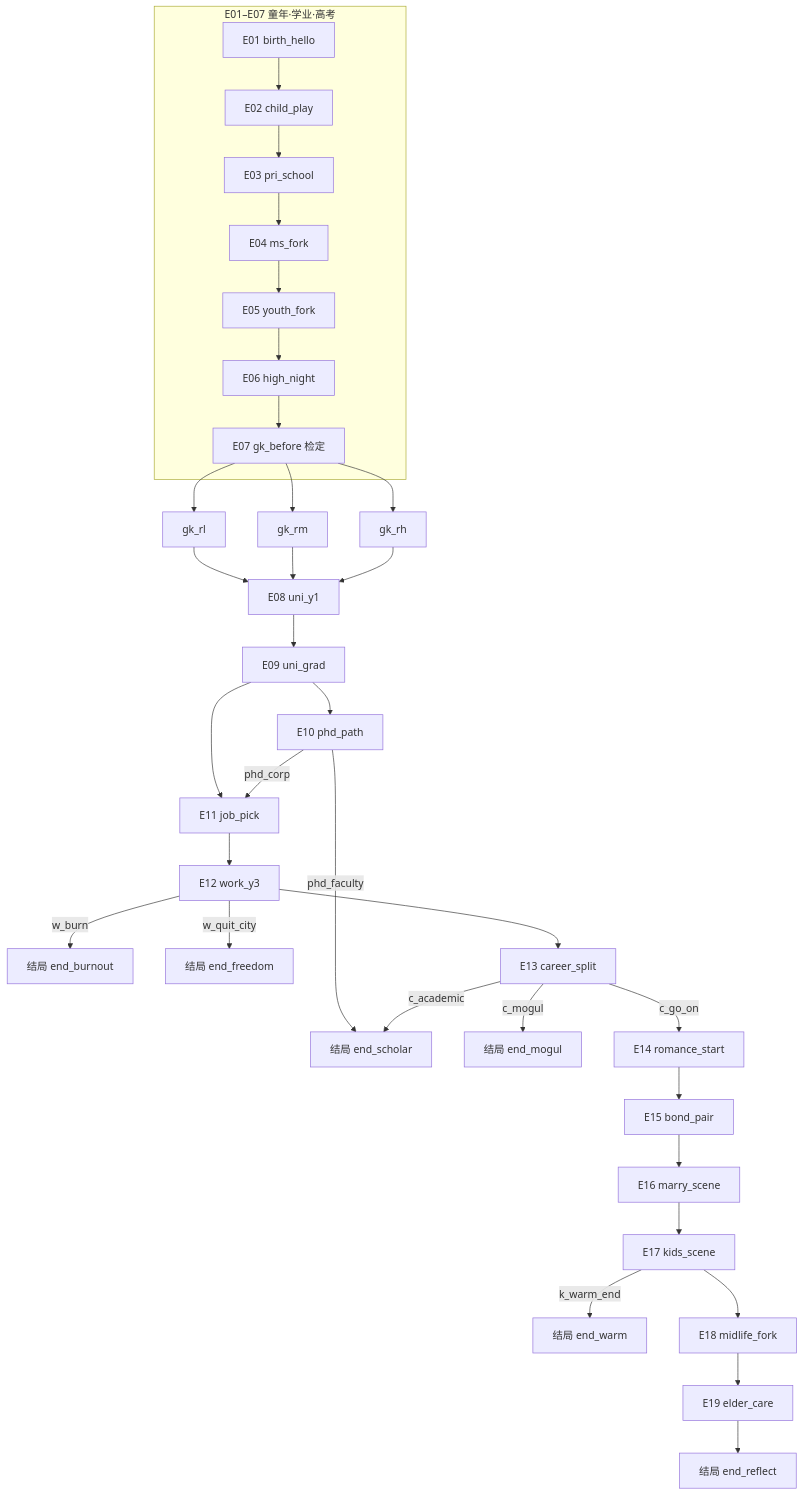
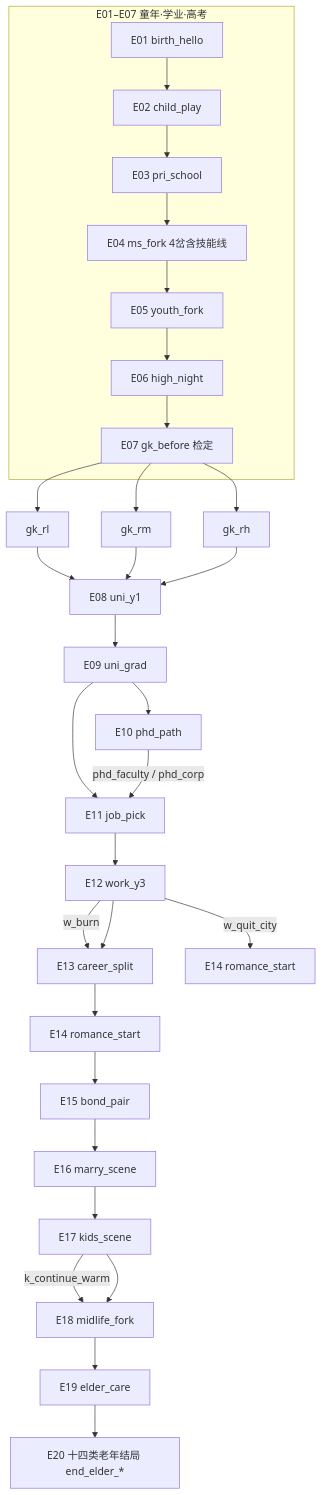
Before and after one commit to falling-feather/Sojourner: the diagram in docs/EVENT_BRANCHES.draft.md, drawn with Mermaid. The commit also changed other lines of this file and 5 other files, not shown here.

````diff
--- a/docs/EVENT_BRANCHES.draft.md
+++ b/docs/EVENT_BRANCHES.draft.md
@@ -246,28 +271,27 @@
 ```mermaid
 flowchart TB
   subgraph E01_E07["E01–E07 童年·学业·高考"]
     E01["E01 birth_hello"] --> E02["E02 child_play"] --> E03["E03 pri_school"]
-    E03 --> E04["E04 ms_fork"] --> E05["E05 youth_fork"] --> E06["E06 high_night"] --> E07["E07 gk_before 检定"]
+    E03 --> E04["E04 ms_fork 4岔含技能线"] --> E05["E05 youth_fork"] --> E06["E06 high_night"] --> E07["E07 gk_before 检定"]
   end
   E07 --> RL["gk_rl"]
   E07 --> RM["gk_rm"]
   E07 --> RH["gk_rh"]
   RL --> U1["E08 uni_y1"]
   RM --> U1
   RH --> U1
   U1 --> Ug["E09 uni_grad"]
   Ug --> PhD["E10 phd_path"]
   Ug --> J0["E11 job_pick"]
-  PhD -->|phd_faculty| ES["结局 end_scholar"]
-  PhD -->|phd_corp| J0
+  PhD -->|phd_faculty / phd_corp| J0
   J0 --> Wy["E12 work_y3"]
-  Wy -->|w_burn| EB["结局 end_burnout"]
-  Wy -->|w_quit_city| EF["结局 end_freedom"]
-  Wy --> Cs["E13 career_split"]
-  Cs -->|c_mogul| EM["结局 end_mogul"]
-  Cs -->|c_academic| ES
-  Cs -->|c_go_on| Rm["E14 romance_start"]
+  Wy -->|w_burn| Cs["E13 career_split"]
+  Wy -->|w_quit_city| Rm2["E14 romance_start"]
+  Wy --> Cs
+  Cs --> Rm["E14 romance_start"]
   Rm --> Bd["E15 bond_pair"] --> Mr["E16 marry_scene"] --> Kd["E17 kids_scene"]
-  Kd -->|k_warm_end| EW["结局 end_warm"]
-  Kd --> Mf["E18 midlife_fork"] --> Ec["E19 elder_care"] --> ER["结局 end_reflect"]
+  Kd -->|k_continue_warm| Mf["E18 midlife_fork"]
+  Kd --> Mf
+  Mf --> Ec["E19 elder_care"]
+  Ec --> Eend["E20 十四类老年结局 end_elder_*"]
 ```
````
